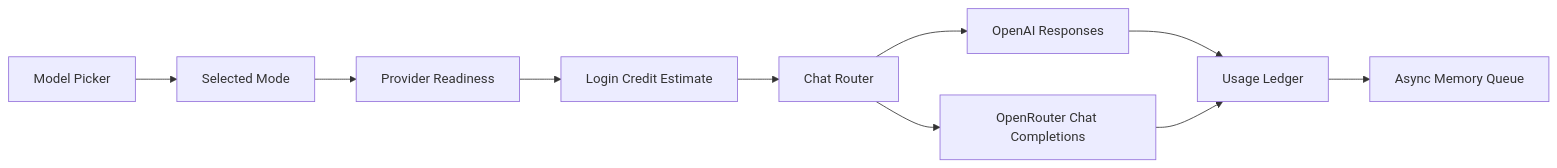
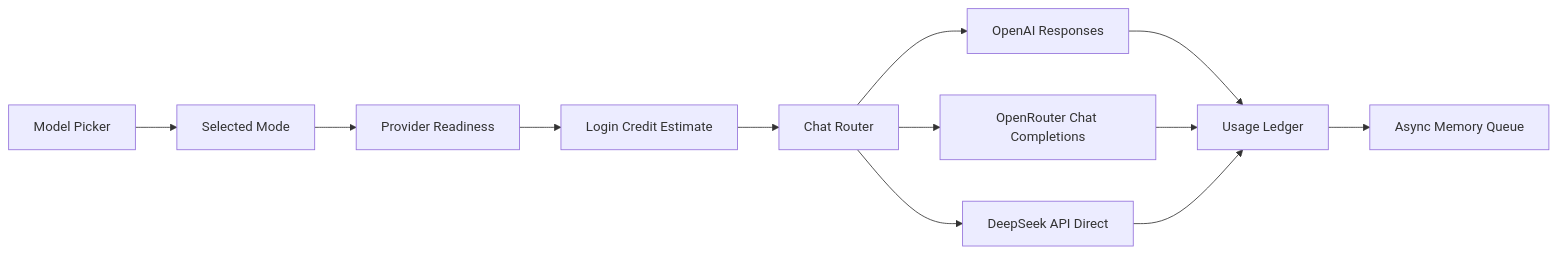
Before and after one commit to postfiatorg/tasknode: the diagram in docs/wiki/architecture/ai-providers.md, drawn with Mermaid. The commit also changed other lines of this file and 15 other files, not shown here.

Commit message:
Add direct DeepSeek discount thinking mode

````diff
--- a/docs/wiki/architecture/ai-providers.md
+++ b/docs/wiki/architecture/ai-providers.md
@@ -172,12 +200,14 @@
 ```mermaid
 flowchart LR
   UI[Model Picker] --> Mode[Selected Mode]
   Mode --> Status[Provider Readiness]
   Status --> Preflight[Login Credit Estimate]
   Preflight --> Router[Chat Router]
   Router --> OpenAI[OpenAI Responses]
   Router --> OpenRouter[OpenRouter Chat Completions]
+  Router --> DeepSeek[DeepSeek API Direct]
   OpenAI --> Ledger[Usage Ledger]
   OpenRouter --> Ledger
+  DeepSeek --> Ledger
   Ledger --> Memory[Async Memory Queue]
 ```
````
